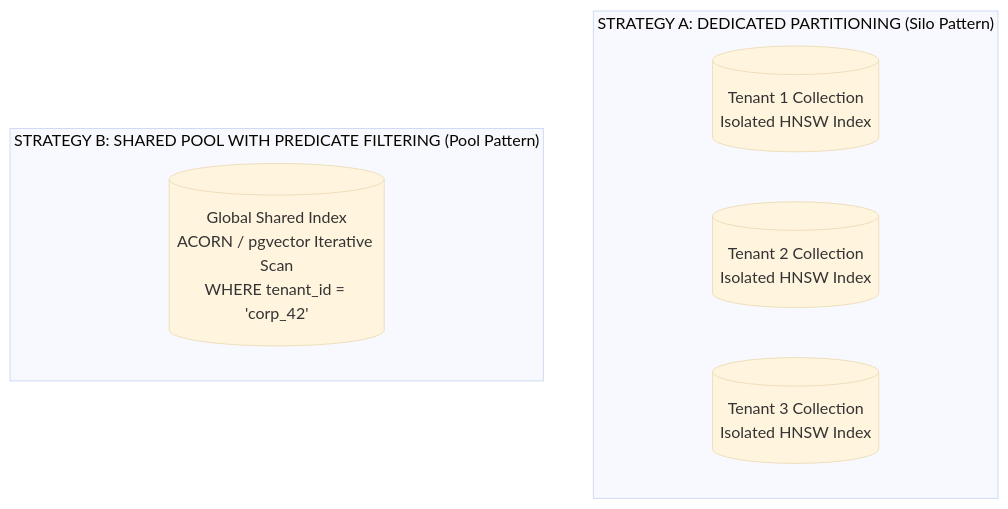
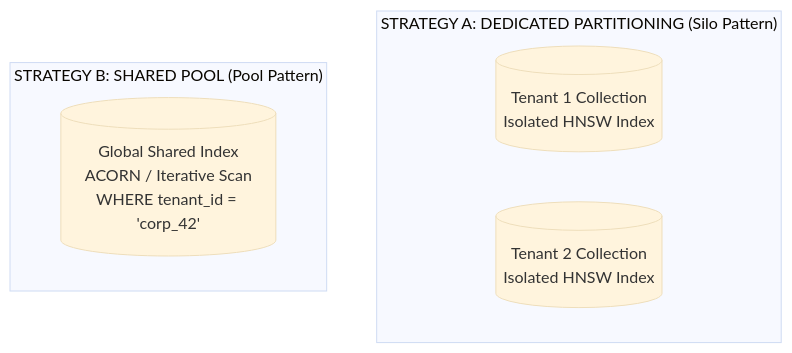
Before and after one commit to dip4k/senior-engineer-to-ai-engineer-roadmap: the fourth of 4 diagrams in 02-rag-and-knowledge-systems/05-predicate-filtering-and-acorn.md, drawn with Mermaid (base theme). The commit also changed other lines of this file and 10 other files, not shown here.

````diff
--- a/02-rag-and-knowledge-systems/05-predicate-filtering-and-acorn.md
+++ b/02-rag-and-knowledge-systems/05-predicate-filtering-and-acorn.md
@@ -150,12 +167,11 @@
 ```mermaid
 flowchart TD
     subgraph Dedicated["STRATEGY A: DEDICATED PARTITIONING (Silo Pattern)"]
         T1_DB[("Tenant 1 Collection<br>Isolated HNSW Index")]
         T2_DB[("Tenant 2 Collection<br>Isolated HNSW Index")]
-        T3_DB[("Tenant 3 Collection<br>Isolated HNSW Index")]
     end
 
-    subgraph Shared["STRATEGY B: SHARED POOL WITH PREDICATE FILTERING (Pool Pattern)"]
-        Shared_DB[("Global Shared Index<br>ACORN / pgvector Iterative Scan<br>WHERE tenant_id = 'corp_42'")]
+    subgraph Shared["STRATEGY B: SHARED POOL (Pool Pattern)"]
+        Shared_DB[("Global Shared Index<br>ACORN / Iterative Scan<br>WHERE tenant_id = 'corp_42'")]
     end
 ```
````
